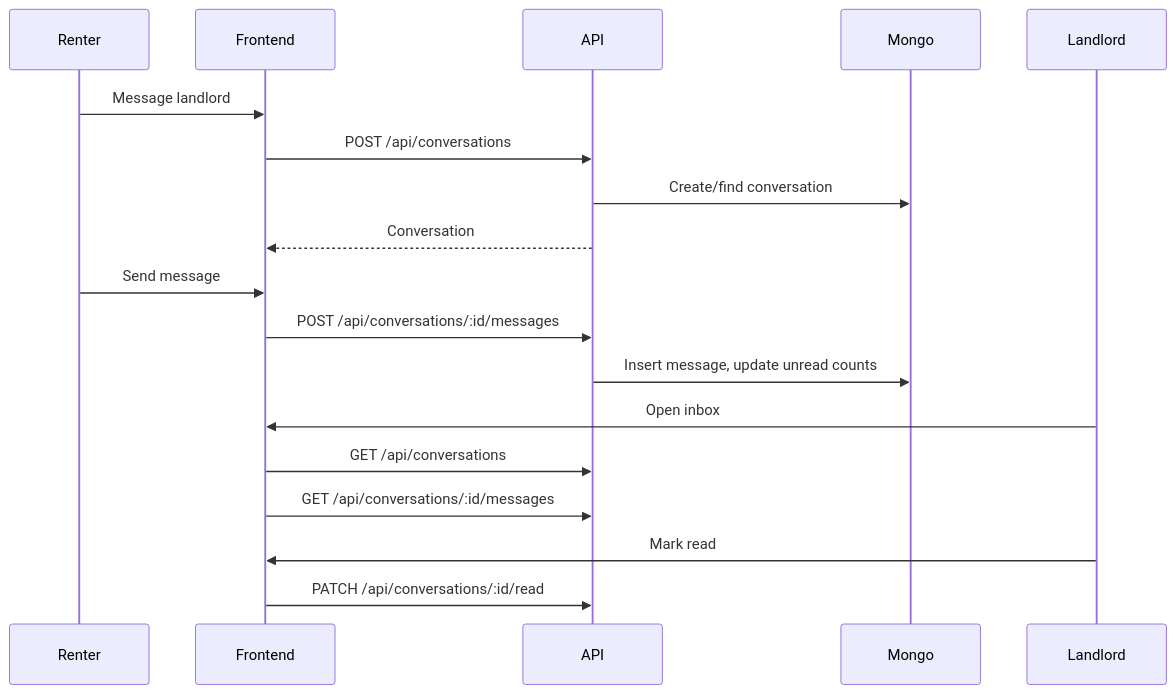
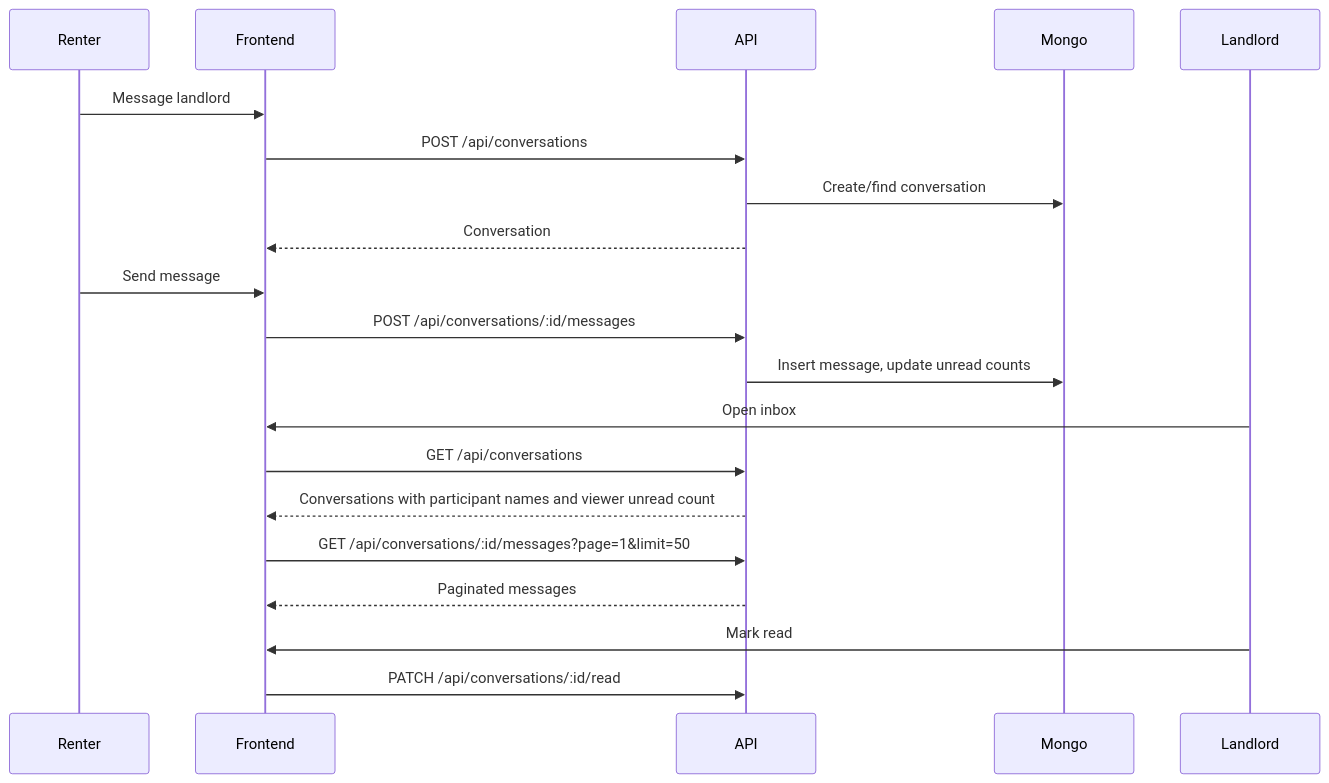
Before and after one commit to Himansha2001/rently: the diagram in docs/diagrams/messaging-sequence.md, drawn with Mermaid. The commit also changed 65 other files, not shown here.

````diff
--- a/docs/diagrams/messaging-sequence.md
+++ b/docs/diagrams/messaging-sequence.md
@@ -3,21 +3,23 @@
 ```mermaid
 sequenceDiagram
   participant Renter
   participant Frontend
   participant API
   participant Mongo
   participant Landlord
 
   Renter->>Frontend: Message landlord
   Frontend->>API: POST /api/conversations
   API->>Mongo: Create/find conversation
   API-->>Frontend: Conversation
   Renter->>Frontend: Send message
   Frontend->>API: POST /api/conversations/:id/messages
   API->>Mongo: Insert message, update unread counts
   Landlord->>Frontend: Open inbox
   Frontend->>API: GET /api/conversations
-  Frontend->>API: GET /api/conversations/:id/messages
+  API-->>Frontend: Conversations with participant names and viewer unread count
+  Frontend->>API: GET /api/conversations/:id/messages?page=1&limit=50
+  API-->>Frontend: Paginated messages
   Landlord->>Frontend: Mark read
   Frontend->>API: PATCH /api/conversations/:id/read
 ```
````
